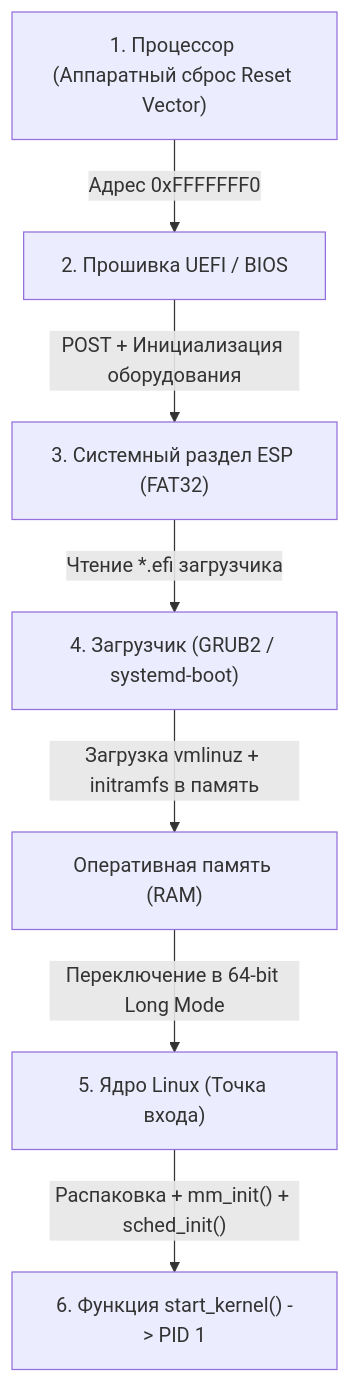
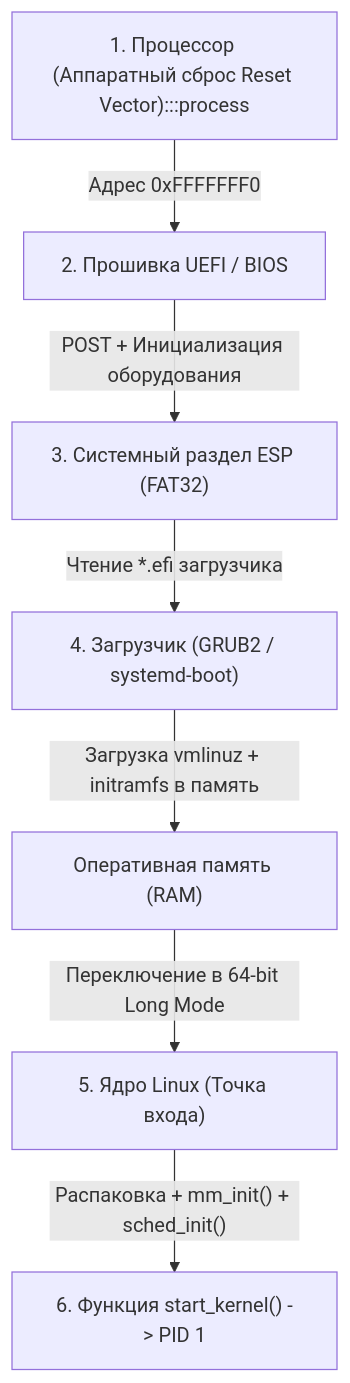
Before and after one commit to UnrealTemplier/go-textbook: the diagram in sources/2. Устройство и работа ОС/4. Загрузка компьютера. BIOS, UEFI, Bootloader и старт ядра.md, drawn with Mermaid. The commit also changed 1666 other files, not shown here.

First line of the commit message:
feat(mermaid): add semantic color classDef to 1369 colorless flowchart/graph diagrams

````diff
--- a/sources/2. Устройство и работа ОС/4. Загрузка компьютера. BIOS, UEFI, Bootloader и старт ядра.md
+++ b/sources/2. Устройство и работа ОС/4. Загрузка компьютера. BIOS, UEFI, Bootloader и старт ядра.md
@@ -63,9 +63,19 @@
 ```mermaid
 flowchart TD
-    CPU["1. Процессор (Аппаратный сброс Reset Vector)"] -->|"Адрес 0xFFFFFFF0"| BIOS["2. Прошивка UEFI / BIOS"]
+    classDef process  fill:#1e293b,stroke:#38bdf8,stroke-width:1px,color:#f8fafc
+    classDef success  fill:#064e3b,stroke:#34d399,stroke-width:1px,color:#f8fafc
+    classDef error    fill:#7f1d1d,stroke:#f87171,stroke-width:1px,color:#f8fafc
+    classDef warning  fill:#78350f,stroke:#fbbf24,stroke-width:1px,color:#f8fafc
+    classDef entry    fill:#1e3a5f,stroke:#38bdf8,stroke-width:2px,color:#f8fafc
+    classDef aux      fill:#334155,stroke:#64748b,stroke-width:1px,color:#f8fafc
+    classDef system   fill:#312e81,stroke:#a78bfa,stroke-width:1px,color:#f8fafc
+    classDef data     fill:#132d29,stroke:#2dd4bf,stroke-width:1px,color:#f8fafc
+    classDef network  fill:#881337,stroke:#fb7185,stroke-width:1px,color:#f8fafc
+    classDef accent   fill:#1e1b4b,stroke:#818cf8,stroke-width:1px,color:#f8fafc
+    CPU["1. Процессор (Аппаратный сброс Reset Vector):::process"] -->|"Адрес 0xFFFFFFF0"| BIOS["2. Прошивка UEFI / BIOS"]
     BIOS -->|"POST + Инициализация оборудования"| ESP["3. Системный раздел ESP (FAT32)"]
     ESP -->|"Чтение *.efi загрузчика"| Bootloader["4. Загрузчик (GRUB2 / systemd-boot)"]
     Bootloader -->|"Загрузка vmlinuz + initramfs в память"| RAM["Оперативная память (RAM)"]
     RAM -->|"Переключение в 64-bit Long Mode"| Kernel["5. Ядро Linux (Точка входа)"]
     Kernel -->|"Распаковка + mm_init() + sched_init()"| StartKernel["6. Функция start_kernel() -> PID 1"]
 ```
````
